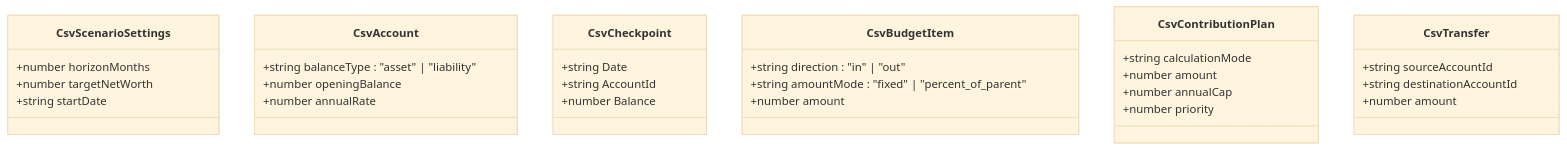
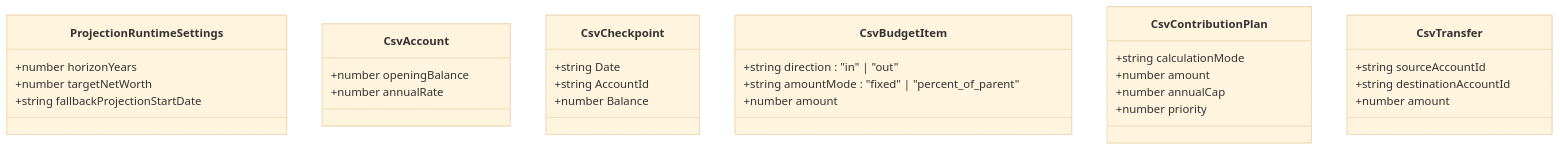
The second of 3 diagrams in TECHNICAL_OVERVIEW.md (SimHoZebs/net-worth-estimator), drawn with Mermaid (base theme) before and after one commit. The commit also changed other lines of this file and 24 other files, not shown here.

````diff
--- a/TECHNICAL_OVERVIEW.md
+++ b/TECHNICAL_OVERVIEW.md
@@ -57,39 +57,38 @@
 ```mermaid
 classDiagram
-    class CsvScenarioSettings {
-        +number horizonMonths
+    class ProjectionRuntimeSettings {
+        +number horizonYears
         +number targetNetWorth
-        +string startDate
+        +string fallbackProjectionStartDate
     }
 
     class CsvAccount {
-        +string balanceType : "asset" | "liability"
         +number openingBalance
         +number annualRate
     }
 
     class CsvCheckpoint {
         +string Date
         +string AccountId
         +number Balance
     }
 
     class CsvBudgetItem {
         +string direction : "in" | "out"
         +string amountMode : "fixed" | "percent_of_parent"
         +number amount
     }
 
     class CsvContributionPlan {
         +string calculationMode
         +number amount
         +number annualCap
         +number priority
     }
 
     class CsvTransfer {
         +string sourceAccountId
         +string destinationAccountId
         +number amount
     }
 ```
````
